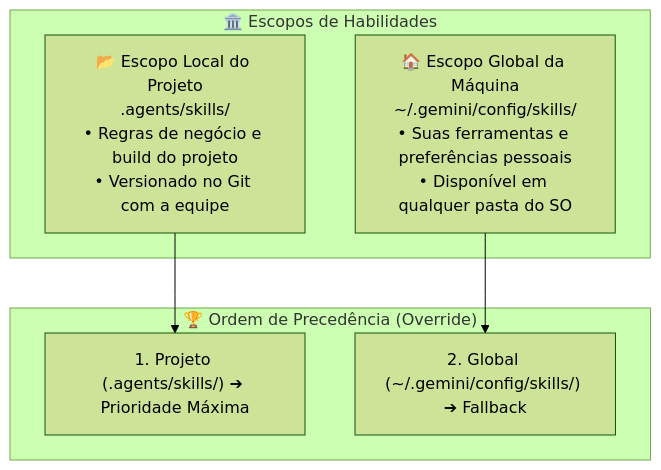
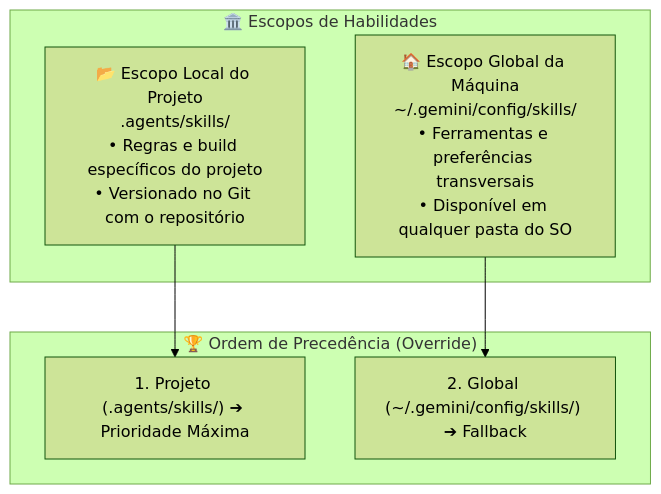
One commit to GabrielFrigo4/profile changed the first of 2 diagrams in agents/README.md. Above: the diagram before and after it, drawn with Mermaid (forest theme). The commit also changed other lines of this file and 133 other files, not shown here.

````diff
--- a/agents/README.md
+++ b/agents/README.md
@@ -85,15 +74,15 @@
 ```mermaid
 flowchart TD
     subgraph SCOPES ["🏛️ Escopos de Habilidades"]
-        GLOBAL["🏠 Escopo Global da Máquina<br/>~/.gemini/config/skills/<br/>• Suas ferramentas e preferências pessoais<br/>• Disponível em qualquer pasta do SO"]
-        LOCAL["📂 Escopo Local do Projeto<br/>.agents/skills/<br/>• Regras de negócio e build do projeto<br/>• Versionado no Git com a equipe"]
+        GLOBAL["🏠 Escopo Global da Máquina<br/>~/.gemini/config/skills/<br/>• Ferramentas e preferências transversais<br/>• Disponível em qualquer pasta do SO"]
+        LOCAL["📂 Escopo Local do Projeto<br/>.agents/skills/<br/>• Regras e build específicos do projeto<br/>• Versionado no Git com o repositório"]
     end
 
     subgraph PRECEDENCE ["🏆 Ordem de Precedência (Override)"]
         PROJ_WIN["1. Projeto (.agents/skills/) ➔ Prioridade Máxima"]
         GLOB_FALL["2. Global (~/.gemini/config/skills/) ➔ Fallback"]
     end
 
     LOCAL --> PROJ_WIN
     GLOBAL --> GLOB_FALL
 ```
````
